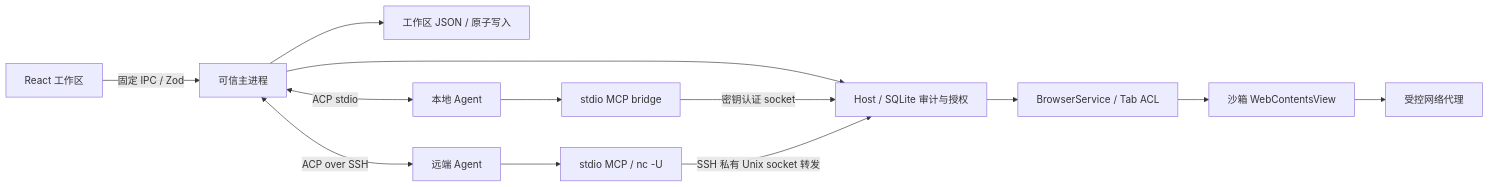
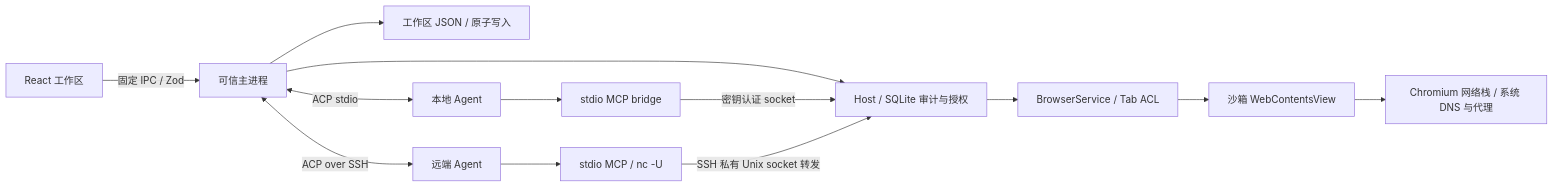
Before and after one commit to echoVic/pilion-browser: the diagram in docs/architecture.md, drawn with Mermaid. The commit also changed other lines of this file and 255 other files, not shown here.

````diff
--- a/docs/architecture.md
+++ b/docs/architecture.md
@@ -5,15 +5,15 @@
 ```mermaid
 flowchart LR
   UI[React 工作区] -->|固定 IPC / Zod| Main[可信主进程]
   Main --> Workspace[工作区 JSON / 原子写入]
   Main --> Host[Host / SQLite 审计与授权]
   Host --> Browser[BrowserService / Tab ACL]
   Browser --> Page[沙箱 WebContentsView]
-  Page --> Proxy[受控网络代理]
+  Page --> Net[Chromium 网络栈 / 系统 DNS 与代理]
   Main <-->|ACP stdio| Local[本地 Agent]
   Main <-->|ACP over SSH| Remote[远端 Agent]
   Local --> Bridge[stdio MCP bridge]
   Bridge -->|密钥认证 socket| Host
   Remote --> NC[stdio MCP / nc -U]
   NC -->|SSH 私有 Unix socket 转发| Host
 ```
````
